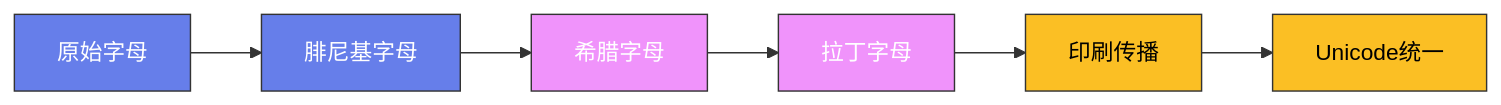
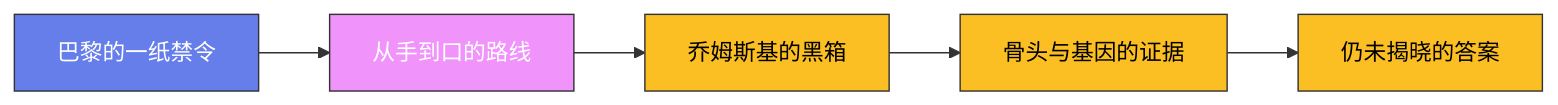
The diagram in content/posts/ModelCreate/语言学/02-语言的起源.md (Fengur/Fengur.github.io), drawn with Mermaid before and after one commit. The commit also changed other lines of this file and 505 other files, not shown here.

First line of the commit message:
content(blog): ModelCreate 全站质量修复——front matter 补全、占位图修复、事实错误修正、注水文重写

````diff
--- a/content/posts/ModelCreate/语言学/02-语言的起源.md
+++ b/content/posts/ModelCreate/语言学/02-语言的起源.md
@@ -37,16 +40,21 @@
 ```mermaid
 graph LR
-    A["原始字母"] --> B["腓尼基字母"]
-    B --> C["希腊字母"]
-    C --> D["拉丁字母"]
-    D --> E["印刷传播"]
-    E --> F["Unicode统一"]
+    A["巴黎的一纸禁令"]
+    B["从手到口的路线"]
+    C["乔姆斯基的黑箱"]
+    D["骨头与基因的证据"]
+    E["仍未揭晓的答案"]
+
+    A --> B
+    B --> C
+    C --> D
+    D --> E
 
     classDef early fill:#667eea,stroke:#333,color:white
     classDef mid fill:#f093fb,stroke:#333,color:white
     classDef modern fill:#fbbf24,stroke:#333,color:black
 
-    class A,B early
-    class C,D mid
-    class E,F modern
+    class A early
+    class B mid
+    class C,D,E modern
 ```
````
